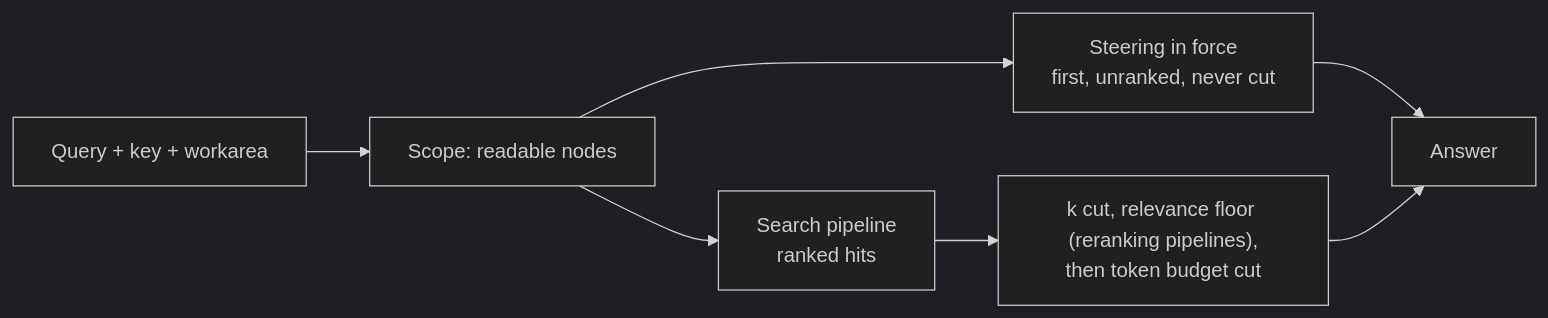
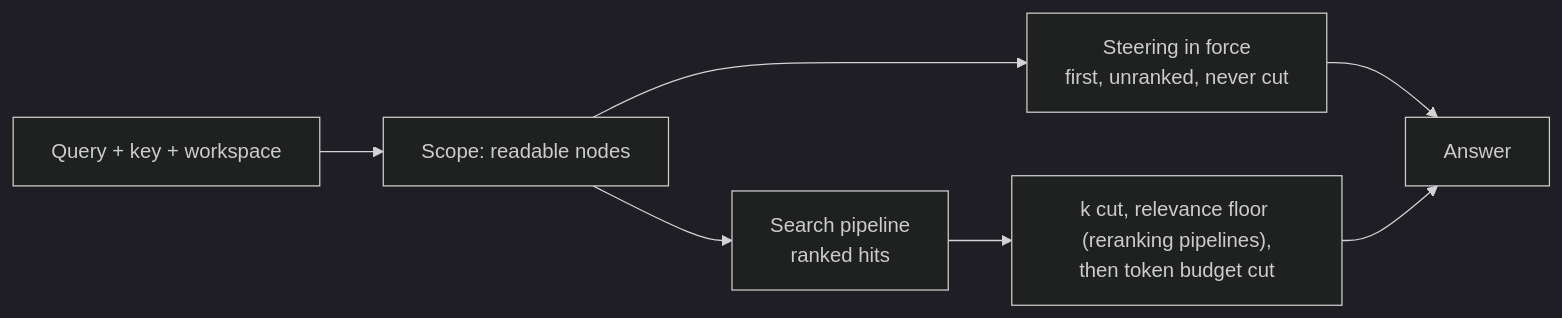
One commit to e8kor/open-memory-lab changed the diagram in docs/architecture/retrieval.md. Above: the diagram before and after it, drawn with Mermaid (dark theme). The commit also changed other lines of this file and 178 other files, not shown here.

````diff
--- a/docs/architecture/retrieval.md
+++ b/docs/architecture/retrieval.md
@@ -41,9 +41,9 @@
 ```mermaid
 flowchart LR
-    Q["Query + key + workarea"] --> S["Scope: readable nodes"]
+    Q["Query + key + workspace"] --> S["Scope: readable nodes"]
     S --> ST["Steering in force<br/>first, unranked, never cut"]
     S --> P["Search pipeline<br/>ranked hits"]
     P --> C["k cut, relevance floor (reranking pipelines),<br/>then token budget cut"]
     ST --> A["Answer"]
     C --> A
 ```
````
